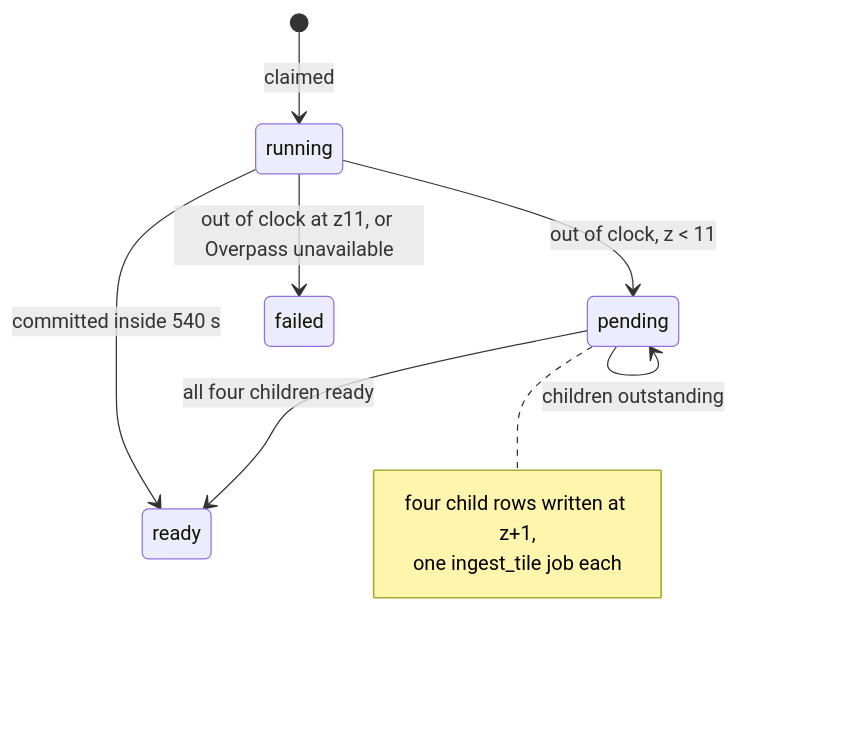
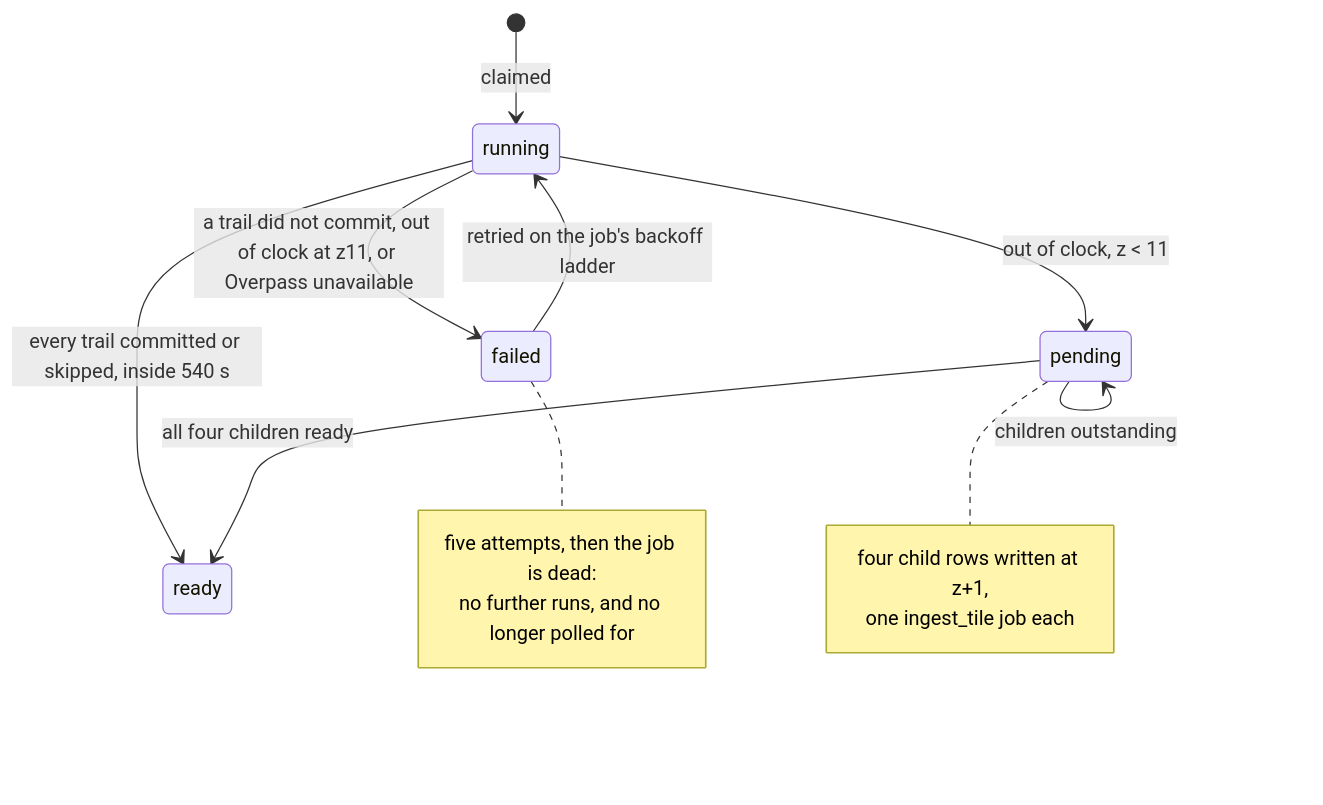
One commit to mbahgatTech/switchback changed the fourth of 11 diagrams in docs/architecture.md. Above: the diagram before and after it, drawn with Mermaid. The commit also changed other lines of this file and 6 other files, not shown here.

````diff
--- a/docs/architecture.md
+++ b/docs/architecture.md
@@ -608,13 +620,18 @@
 ```mermaid
 stateDiagram-v2
   [*] --> running: claimed
-  running --> ready: committed inside 540 s
+  running --> ready: every trail committed or skipped, inside 540 s
   running --> pending: out of clock, z < 11
-  running --> failed: out of clock at z11, or Overpass unavailable
+  running --> failed: a trail did not commit, out of clock at z11, or Overpass unavailable
+  failed --> running: retried on the job's backoff ladder
   pending --> pending: children outstanding
   pending --> ready: all four children ready
+  note right of failed
+    five attempts, then the job is dead:
+    no further runs, and no longer polled for
+  end note
   note right of pending
     four child rows written at z+1,
     one ingest_tile job each
   end note
 ```
````
